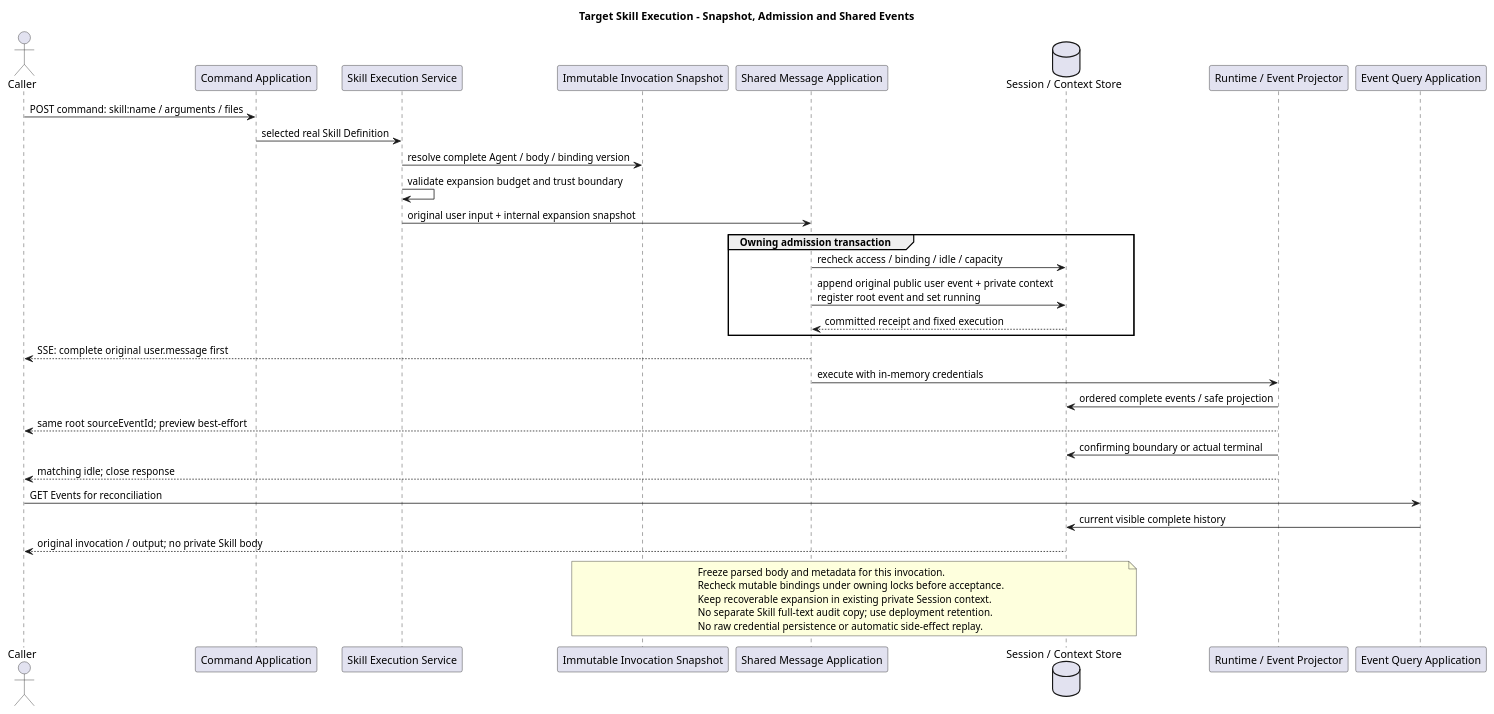
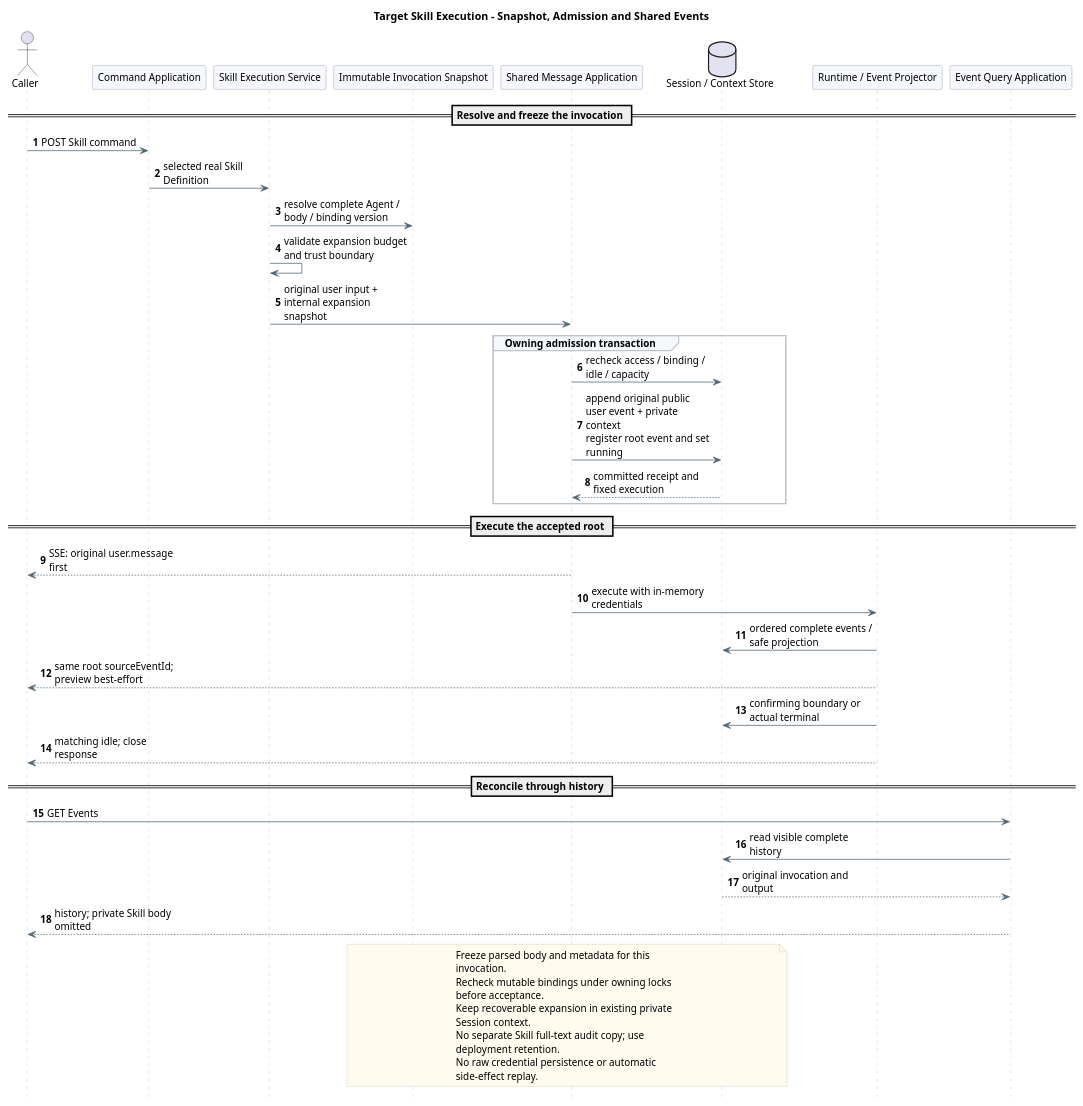
One commit to ssm0808/pi-mono-java-design changed the third of 3 diagrams in 04-命令与技能/02-技能命令/设计图/diagram.puml. Above: the diagram before and after it, drawn with PlantUML. The commit also changed other lines of this file and 212 other files, not shown here.

Commit message:
docs(design): 精简模块文档并重排全仓设计图

```diff
--- a/04-命令与技能/02-技能命令/设计图/diagram.puml
+++ b/04-命令与技能/02-技能命令/设计图/diagram.puml
@@ -61,45 +71,69 @@
 @startuml target_skill_execution
+skinparam backgroundColor white
+skinparam defaultFontName SansSerif
+skinparam defaultFontSize 13
+skinparam shadowing false
+skinparam sequenceMessageAlign left
+skinparam maxMessageSize 165
+skinparam sequenceArrowColor #526777
+skinparam sequenceLifeLineBorderColor #BAC4CC
+skinparam sequenceParticipantBackgroundColor #F5F7FA
+skinparam sequenceParticipantBorderColor #8496A4
+skinparam sequenceGroupBackgroundColor #F5F7FA
+skinparam sequenceGroupBorderColor #BAC4CC
+skinparam noteBackgroundColor #FFFBEF
+skinparam noteBorderColor #D2C6A5
+hide footbox
+autonumber
 title Target Skill Execution - Snapshot, Admission and Shared Events
 ' Source: pi-mono-java dfb90cac4e233e09a0b8f047f7e9f4682f5ad238.
 ' modules/coding-agent-cli/src/main/java/com/campusclaw/codingagent/runtimeapi/service/command/SkillCommandSource.java list/resolved.
 ' modules/coding-agent-cli/src/main/java/com/campusclaw/codingagent/runtimeapi/event/RuntimeEntryCodec.java userEntry/toAgentMessages.
 ' Source: pi-mono 5cd93f688aaab89dbb6dfa4aca535f21796ae185 packages/coding-agent/src/core/agent-session.ts _expandSkillCommand.
 ' Observed behavior: Java discovery captures metadata; pi expands Skill body into model input.
 ' Target-only architecture: preserve original public input and a private recoverable expansion.
 ' Design reason: reuse one message admission and event projection; do not reinterpret new Skill versions on recovery.
-skinparam shadowing false
 actor Caller
 participant "Command Application" as C
 participant "Skill Execution Service" as S
 participant "Immutable Invocation Snapshot" as I
 participant "Shared Message Application" as A
 database "Session / Context Store" as D
 participant "Runtime / Event Projector" as R
 participant "Event Query Application" as Q
-Caller -> C : POST command: skill:name / arguments / files
+== Resolve and freeze the invocation ==
+Caller -> C : POST Skill command
 C -> S : selected real Skill Definition
 S -> I : resolve complete Agent / body / binding version
 S -> S : validate expansion budget and trust boundary
 S -> A : original user input + internal expansion snapshot
 group Owning admission transaction
   A -> D : recheck access / binding / idle / capacity
   A -> D : append original public user event + private context\nregister root event and set running
   D --> A : committed receipt and fixed execution
 end
-A --> Caller : SSE: complete original user.message first
+== Execute the accepted root ==
+A --> Caller : SSE: original user.message first
 A -> R : execute with in-memory credentials
 R -> D : ordered complete events / safe projection
 R --> Caller : same root sourceEventId; preview best-effort
 R -> D : confirming boundary or actual terminal
 R --> Caller : matching idle; close response
-Caller -> Q : GET Events for reconciliation
-Q -> D : current visible complete history
-D --> Caller : original invocation / output; no private Skill body
+== Reconcile through history ==
+Caller -> Q : GET Events
+Q -> D : read visible complete history
+D --> Q : original invocation and output
+Q --> Caller : history; private Skill body omitted
 note over I,D
-Freeze parsed body and metadata for this invocation.
-Recheck mutable bindings under owning locks before acceptance.
-Keep recoverable expansion in existing private Session context.
-No separate Skill full-text audit copy; use deployment retention.
-No raw credential persistence or automatic side-effect replay.
+  Freeze parsed body and metadata for this
+  invocation.
+  Recheck mutable bindings under owning locks
+  before acceptance.
+  Keep recoverable expansion in existing private
+  Session context.
+  No separate Skill full-text audit copy; use
+  deployment retention.
+  No raw credential persistence or automatic
+  side-effect replay.
 end note
 @enduml
```
